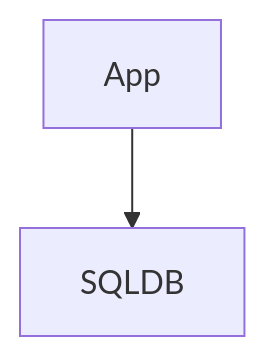
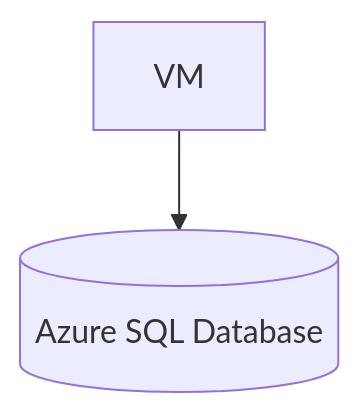
The diagram in azure/sql-project/README.md (clementwasty-hue/DEVOPS), drawn with Mermaid before and after one commit. The commit also changed other lines of this file, not shown here.

````diff
--- a/azure/sql-project/README.md
+++ b/azure/sql-project/README.md
@@ -3,3 +10,4 @@
 ```mermaid
-graph TD; App-->SQLDB;
+graph TD
+    VM --> SQLDB[(Azure SQL Database)]
 ```
````
